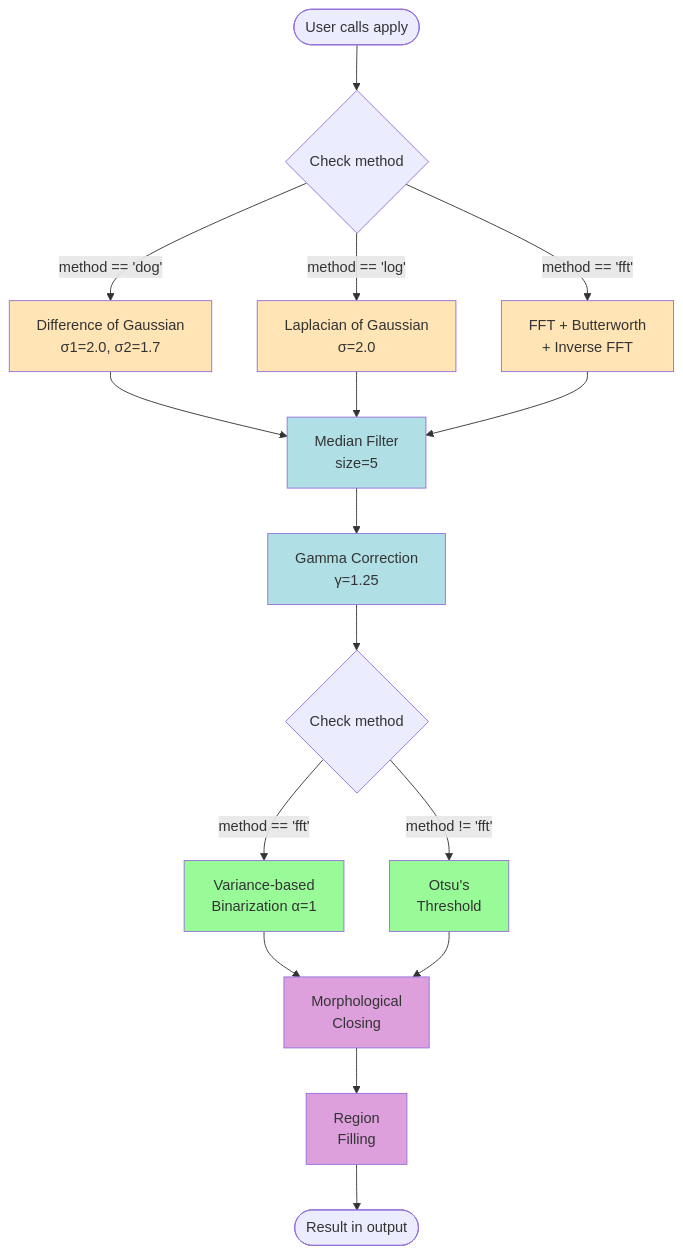
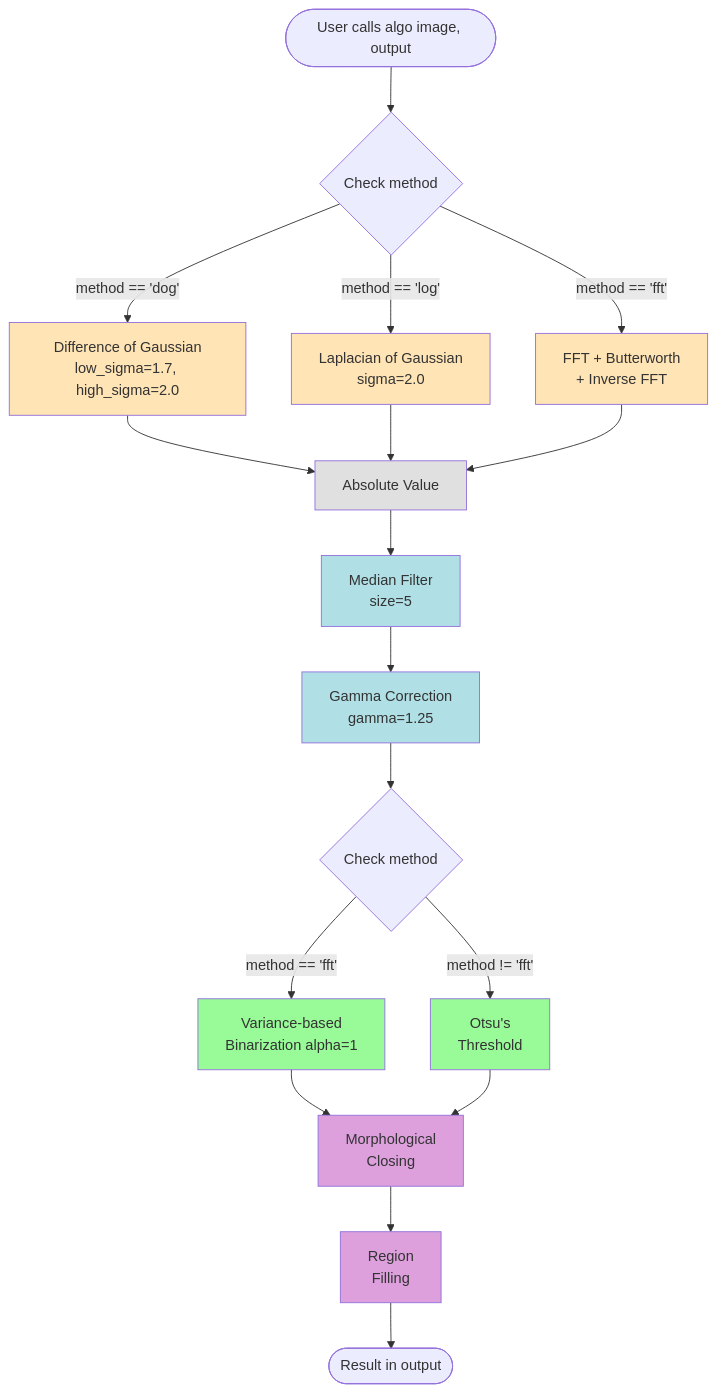
One commit to LATIS-medical-Imaging/medical-image-std changed the tenth of 12 diagrams in docs/architecture.md. Above: the diagram before and after it, drawn with Mermaid. The commit also changed other lines of this file and 9 other files, not shown here.

````diff
--- a/docs/architecture.md
+++ b/docs/architecture.md
@@ -410,36 +533,39 @@
 ```mermaid
 flowchart TD
-    Start([User calls apply]) --> Init{Check method}
-    
-    Init -->|method == 'dog'| DoG[Difference of Gaussian<br/>σ1=2.0, σ2=1.7]
-    Init -->|method == 'log'| LoG[Laplacian of Gaussian<br/>σ=2.0]
+    Start([User calls algo image, output]) --> Init{Check method}
+
+    Init -->|method == 'dog'| DoG[Difference of Gaussian<br/>low_sigma=1.7, high_sigma=2.0]
+    Init -->|method == 'log'| LoG[Laplacian of Gaussian<br/>sigma=2.0]
     Init -->|method == 'fft'| FFT[FFT + Butterworth<br/>+ Inverse FFT]
-    
-    DoG --> Median
-    LoG --> Median
-    FFT --> Median
-    
-    Median[Median Filter<br/>size=5] --> Gamma[Gamma Correction<br/>γ=1.25]
-    
+
+    DoG --> Abs
+    LoG --> Abs
+    FFT --> Abs
+
+    Abs[Absolute Value] --> Median[Median Filter<br/>size=5]
+
+    Median --> Gamma[Gamma Correction<br/>gamma=1.25]
+
     Gamma --> ThresholdCheck{Check method}
-    
-    ThresholdCheck -->|method == 'fft'| Binarize[Variance-based<br/>Binarization α=1]
+
+    ThresholdCheck -->|method == 'fft'| Binarize[Variance-based<br/>Binarization alpha=1]
     ThresholdCheck -->|method != 'fft'| Otsu[Otsu's<br/>Threshold]
-    
+
     Binarize --> Closing
     Otsu --> Closing
-    
+
     Closing[Morphological<br/>Closing] --> Fill[Region<br/>Filling]
-    
+
     Fill --> End([Result in output])
-    
+
     style DoG fill:#FFE4B5
     style LoG fill:#FFE4B5
     style FFT fill:#FFE4B5
+    style Abs fill:#E0E0E0
     style Median fill:#B0E0E6
     style Gamma fill:#B0E0E6
     style Binarize fill:#98FB98
     style Otsu fill:#98FB98
     style Closing fill:#DDA0DD
     style Fill fill:#DDA0DD
 ```
````
